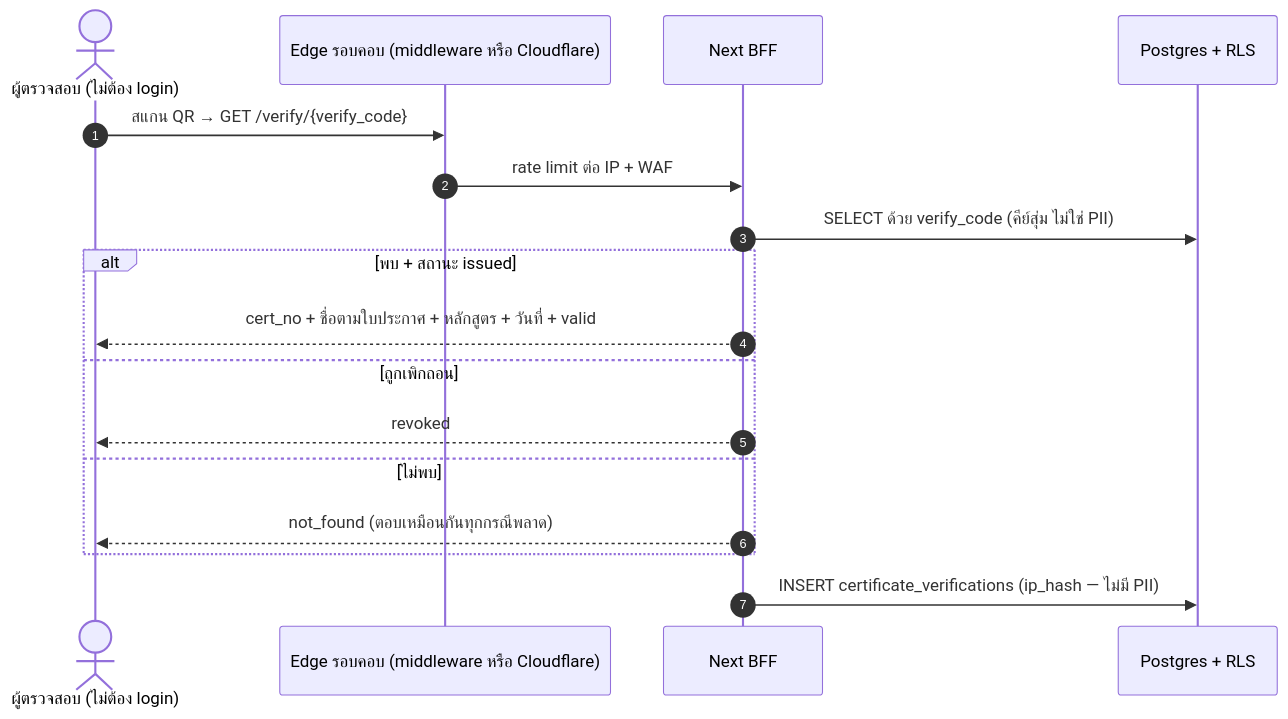
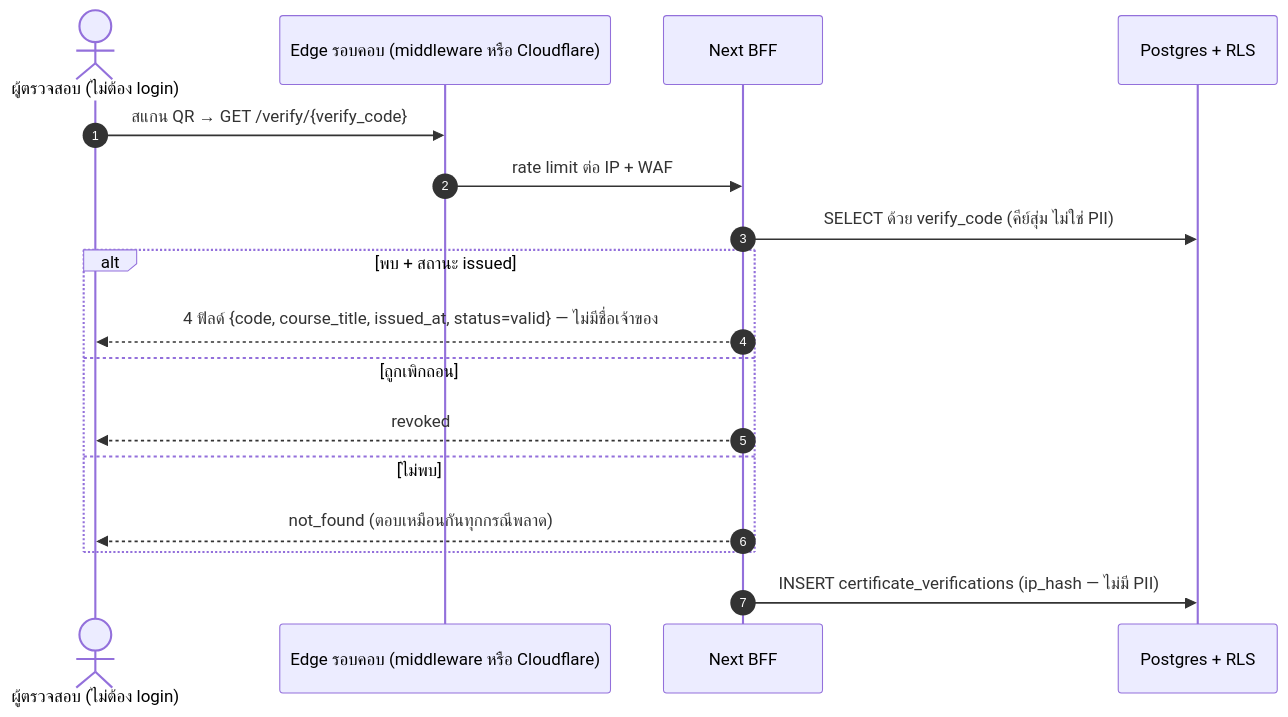
Before and after one commit to narongsak-sukma/E-Leaning-LTC: the sixth of 6 diagrams in docs/03-design/SDS.md, drawn with Mermaid. The commit also changed other lines of this file and 5 other files, not shown here.

````diff
--- a/docs/03-design/SDS.md
+++ b/docs/03-design/SDS.md
@@ -277,19 +282,19 @@
 ```mermaid
 sequenceDiagram
     autonumber
     actor V as ผู้ตรวจสอบ (ไม่ต้อง login)
     participant E as Edge รอบคอบ (middleware หรือ Cloudflare)
     participant BFF as Next BFF
     participant DB as Postgres + RLS
     V->>E: สแกน QR → GET /verify/{verify_code}
     E->>BFF: rate limit ต่อ IP + WAF
     BFF->>DB: SELECT ด้วย verify_code (คีย์สุ่ม ไม่ใช่ PII)
     alt พบ + สถานะ issued
-        BFF-->>V: cert_no + ชื่อตามใบประกาศ + หลักสูตร + วันที่ + valid
+        BFF-->>V: 4 ฟิลด์ {code, course_title, issued_at, status=valid} — ไม่มีชื่อเจ้าของ
     else ถูกเพิกถอน
         BFF-->>V: revoked
     else ไม่พบ
         BFF-->>V: not_found (ตอบเหมือนกันทุกกรณีพลาด)
     end
     BFF->>DB: INSERT certificate_verifications (ip_hash — ไม่มี PII)
 ```
````
